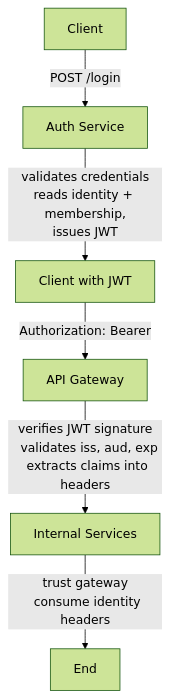
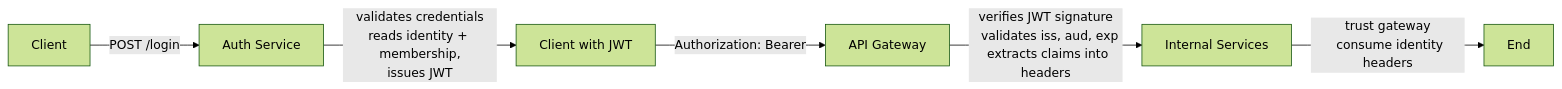
The diagram in apps/auth-service/README.md (Tata-Matata/family-space), drawn with Mermaid (forest theme) before and after one commit.

Commit message:
Horizontal mermaid diagram for auth flow

````diff
--- a/apps/auth-service/README.md
+++ b/apps/auth-service/README.md
@@ -29,11 +29,12 @@
 ```mermaid
-flowchart TD
+flowchart LR
+
 A[Client]-->|POST /login|B[Auth Service]-->|validates credentials
 reads identity + membership,
 issues JWT|C[Client with JWT]-->|Authorization: Bearer <JWT>|D[API Gateway]-->| verifies JWT signature
   validates iss, aud, exp
   extracts claims into headers|E[Internal Services]--> | 
   trust gateway
   consume identity headers|F[End]
 
 ```
````
